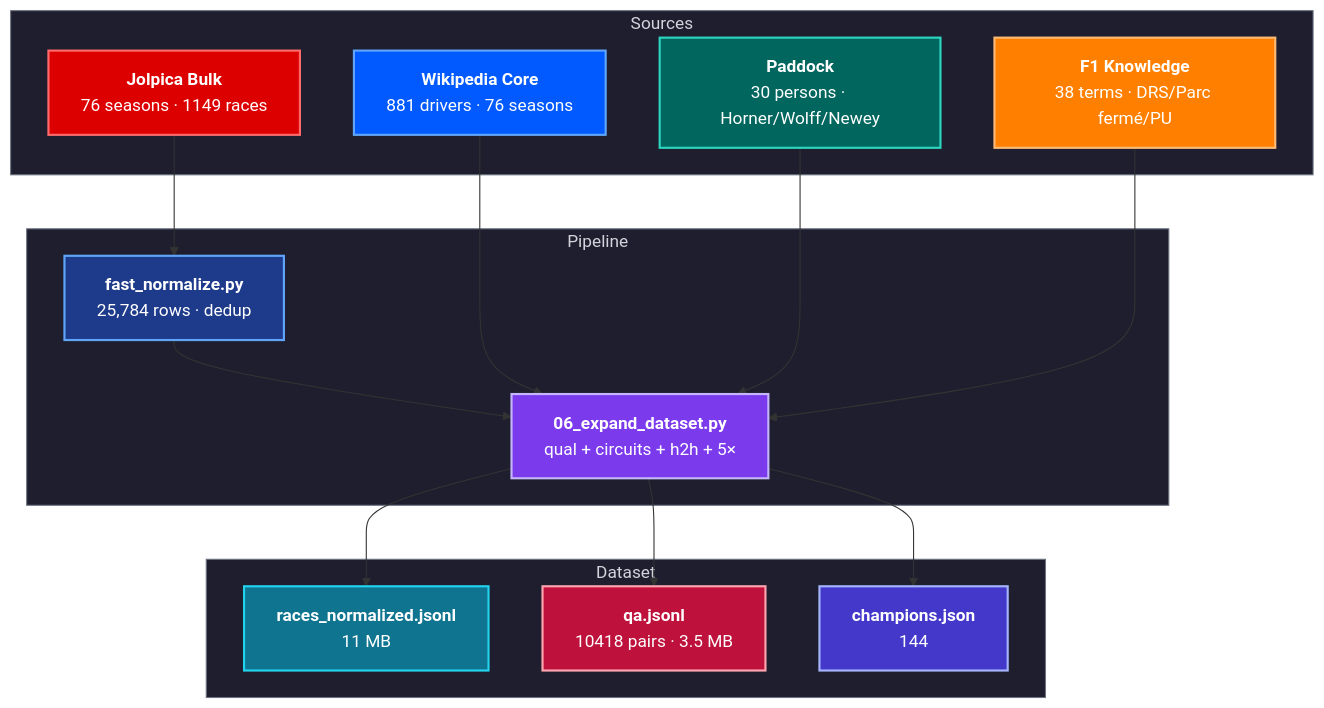
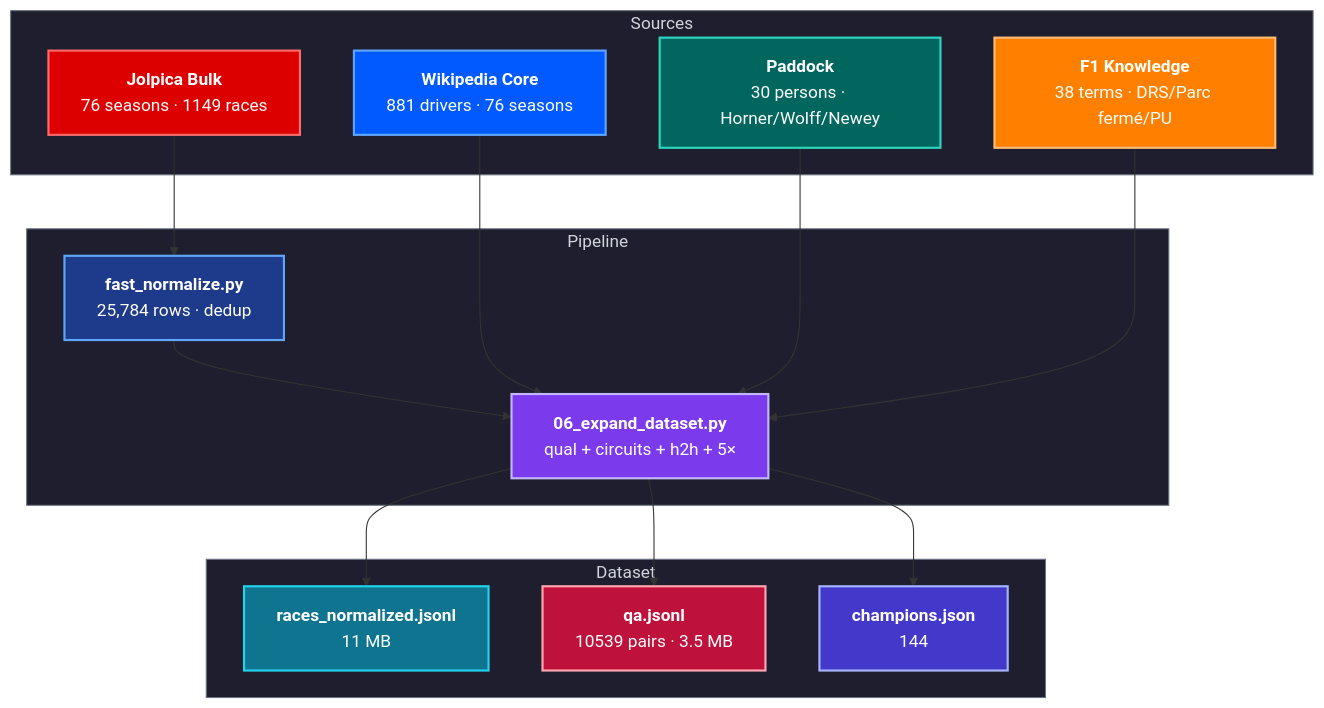
Before and after one commit to VineshF1/F1-Dataset: the diagram in README.md, drawn with Mermaid. The commit also changed other lines of this file and 1 other file, not shown here.

````diff
--- a/README.md
+++ b/README.md
@@ -24,43 +24,43 @@
 ```mermaid
 flowchart TB
     subgraph SOURCES["Sources"]
         A["<b>Jolpica Bulk</b><br/>76 seasons · 1149 races"]
         B["<b>Wikipedia Core</b><br/>881 drivers · 76 seasons"]
         C["<b>Paddock</b><br/>30 persons · Horner/Wolff/Newey"]
         D["<b>F1 Knowledge</b><br/>38 terms · DRS/Parc fermé/PU"]
     end
 
     subgraph PIPELINE["Pipeline"]
         E["<b>fast_normalize.py</b><br/>25,784 rows · dedup"]
         F["<b>06_expand_dataset.py</b><br/>qual + circuits + h2h + 5×"]
     end
 
     subgraph OUTPUT["Dataset"]
         G["<b>races_normalized.jsonl</b><br/>11 MB"]
-        H["<b>qa.jsonl</b><br/>10418 pairs · 3.5 MB"]
+        H["<b>qa.jsonl</b><br/>10539 pairs · 3.5 MB"]
         I["<b>champions.json</b><br/>144"]
     end
 
     A --> E
     E --> F
     B --> F
     C --> F
     D --> F
     F --> G
     F --> H
     F --> I
 
     style A fill:#DC0000,stroke:#FF6B6B,stroke-width:2px,color:#fff
     style B fill:#005AFF,stroke:#60A5FA,stroke-width:2px,color:#fff
     style C fill:#00665E,stroke:#2DD4BF,stroke-width:2px,color:#fff
     style D fill:#FF8000,stroke:#FDBA74,stroke-width:2px,color:#fff
     style E fill:#1E3A8A,stroke:#60A5FA,stroke-width:2px,color:#fff
     style F fill:#7C3AED,stroke:#C4B5FD,stroke-width:2px,color:#fff
     style G fill:#0E7490,stroke:#22D3EE,stroke-width:2px,color:#fff
     style H fill:#BE123C,stroke:#FDA4AF,stroke-width:2px,color:#fff
     style I fill:#4338CA,stroke:#A5B4FC,stroke-width:2px,color:#fff
 
     style SOURCES fill:#1e1e2e,stroke:#6b7280,stroke-width:1px,color:#d1d5db
     style PIPELINE fill:#1e1e2e,stroke:#6b7280,stroke-width:1px,color:#d1d5db
     style OUTPUT fill:#1e1e2e,stroke:#6b7280,stroke-width:1px,color:#d1d5db
 ```
````
